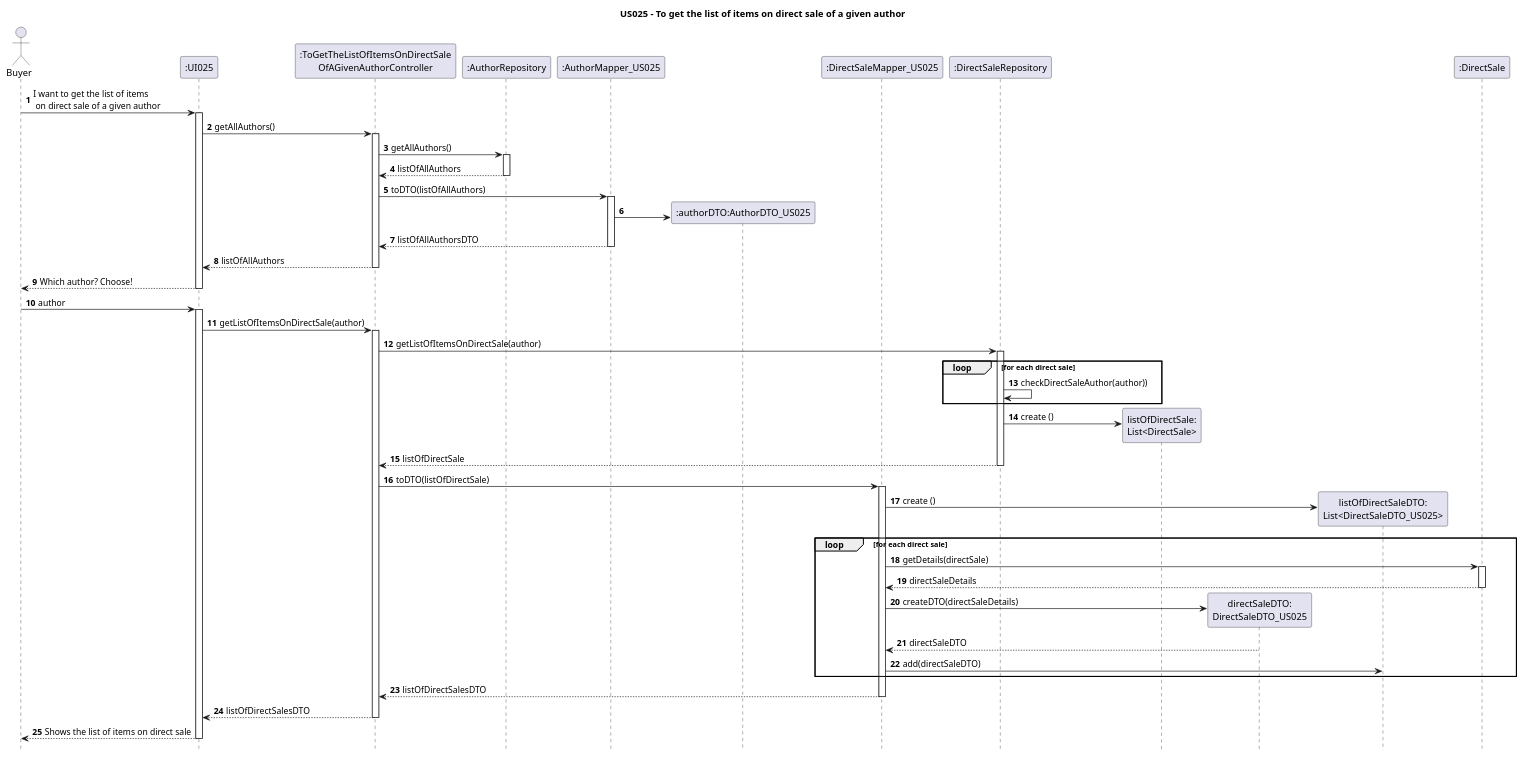
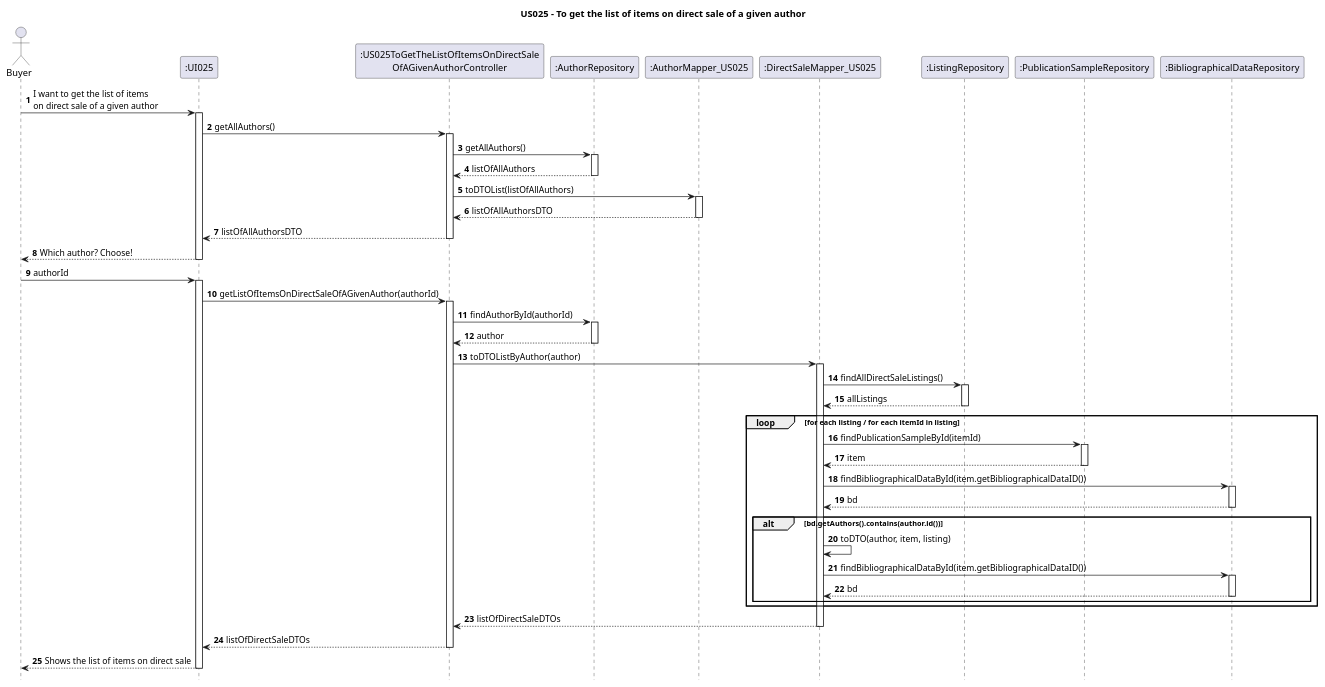
The diagram in Diagrams/SequenceDiagrams/N2/US025-to-get-the-list-of-items-on-direct-sale-of-a-given-author.puml (AndrePereiraGitH/SWitCH-Project-Team_A), drawn with PlantUML before and after one commit. The commit also changed 5 other files, not shown here.

```diff
--- a/Diagrams/SequenceDiagrams/N2/US025-to-get-the-list-of-items-on-direct-sale-of-a-given-author.puml
+++ b/Diagrams/SequenceDiagrams/N2/US025-to-get-the-list-of-items-on-direct-sale-of-a-given-author.puml
@@ -1,85 +1,92 @@
 @startuml
 
 hide footbox
 autonumber
 title US025 - To get the list of items on direct sale of a given author
 
 actor Buyer
 
 ' Participants
 participant ":UI025" as UI025
-participant ":ToGetTheListOfItemsOnDirectSale\nOfAGivenAuthorController" as Ctrl
+participant ":US025ToGetTheListOfItemsOnDirectSale\nOfAGivenAuthorController" as Ctrl
 participant ":AuthorRepository" as AuthorRepository
 participant ":AuthorMapper_US025" as AuthorMapper
-participant ":authorDTO:AuthorDTO_US025" as AuthorDTO
 participant ":DirectSaleMapper_US025" as Mapper
-participant ":DirectSaleRepository" as DirectSaleRepository
-participant "listOfDirectSale:\nList<DirectSale>" as ListDS
-participant "directSaleDTO:\nDirectSaleDTO_US025" as DTO
-participant "listOfDirectSaleDTO:\nList<DirectSaleDTO_US025>" as ListDTO
-participant ":DirectSale" as DS
-
+participant ":ListingRepository" as ListingRepository
+participant ":PublicationSampleRepository" as PublicationSampleRepository
+participant ":BibliographicalDataRepository" as BibliographicalDataRepository
 
 ' Interactions
-Buyer -> UI025 : I want to get the list of items\n on direct sale of a given author
+Buyer -> UI025 : I want to get the list of items\non direct sale of a given author
 activate UI025
+
 UI025 -> Ctrl : getAllAuthors()
 activate Ctrl
-Ctrl -> AuthorRepository: getAllAuthors()
+
+Ctrl -> AuthorRepository : getAllAuthors()
 activate AuthorRepository
-AuthorRepository --> Ctrl: listOfAllAuthors
+AuthorRepository --> Ctrl : listOfAllAuthors
 deactivate AuthorRepository
 
-Ctrl -> AuthorMapper: toDTO(listOfAllAuthors)
+Ctrl -> AuthorMapper : toDTOList(listOfAllAuthors)
 activate AuthorMapper
-AuthorMapper -> AuthorDTO **
-AuthorMapper --> Ctrl: listOfAllAuthorsDTO
+AuthorMapper --> Ctrl : listOfAllAuthorsDTO
 deactivate AuthorMapper
 
-Ctrl --> UI025 : listOfAllAuthors
+Ctrl --> UI025 : listOfAllAuthorsDTO
 deactivate Ctrl
-Buyer <-- UI025 : Which author? Choose!
+
+UI025 --> Buyer : Which author? Choose!
 deactivate UI025
-Buyer -> UI025 : author
+
+Buyer -> UI025 : authorId
 activate UI025
 
-UI025 -> Ctrl : getListOfItemsOnDirectSale(author)
+UI025 -> Ctrl : getListOfItemsOnDirectSaleOfAGivenAuthor(authorId)
 activate Ctrl
 
-Ctrl -> DirectSaleRepository : getListOfItemsOnDirectSale(author)
-activate DirectSaleRepository
+Ctrl -> AuthorRepository : findAuthorById(authorId)
+activate AuthorRepository
+AuthorRepository --> Ctrl : author
+deactivate AuthorRepository
 
-loop for each direct sale
-    DirectSaleRepository -> DirectSaleRepository : checkDirectSaleAuthor(author))
+Ctrl -> Mapper : toDTOListByAuthor(author)
+activate Mapper
+
+Mapper -> ListingRepository : findAllDirectSaleListings()
+activate ListingRepository
+ListingRepository --> Mapper : allListings
+deactivate ListingRepository
+
+loop for each listing / for each itemId in listing
+
+    Mapper -> PublicationSampleRepository : findPublicationSampleById(itemId)
+    activate PublicationSampleRepository
+    PublicationSampleRepository --> Mapper : item
+    deactivate PublicationSampleRepository
+
+    Mapper -> BibliographicalDataRepository : findBibliographicalDataById(item.getBibliographicalDataID())
+    activate BibliographicalDataRepository
+    BibliographicalDataRepository --> Mapper : bd
+    deactivate BibliographicalDataRepository
+
+    alt bd.getAuthors().contains(author.id())
+        Mapper -> Mapper : toDTO(author, item, listing)
+        Mapper -> BibliographicalDataRepository : findBibliographicalDataById(item.getBibliographicalDataID())
+        activate BibliographicalDataRepository
+        BibliographicalDataRepository --> Mapper : bd
+        deactivate BibliographicalDataRepository
+    end
+
 end
 
-DirectSaleRepository -> ListDS ** : create ()
-DirectSaleRepository --> Ctrl : listOfDirectSale
-
-deactivate DirectSaleRepository
-
-Ctrl -> Mapper : toDTO(listOfDirectSale)
-activate Mapper
-Mapper -> ListDTO ** : create ()
-
-    loop for each direct sale
-    Mapper -> DS: getDetails(directSale)
-        activate DS
-        DS --> Mapper: directSaleDetails
-        deactivate DS
-
-        Mapper -> DTO ** : createDTO(directSaleDetails)
-        DTO --> Mapper: directSaleDTO
-            Mapper -> ListDTO : add(directSaleDTO)
-    end
-
-Mapper --> Ctrl : listOfDirectSalesDTO
+Mapper --> Ctrl : listOfDirectSaleDTOs
 deactivate Mapper
 
-Ctrl --> UI025 : listOfDirectSalesDTO
+Ctrl --> UI025 : listOfDirectSaleDTOs
 deactivate Ctrl
 
 UI025 --> Buyer : Shows the list of items on direct sale
 deactivate UI025
 
 @enduml
```
